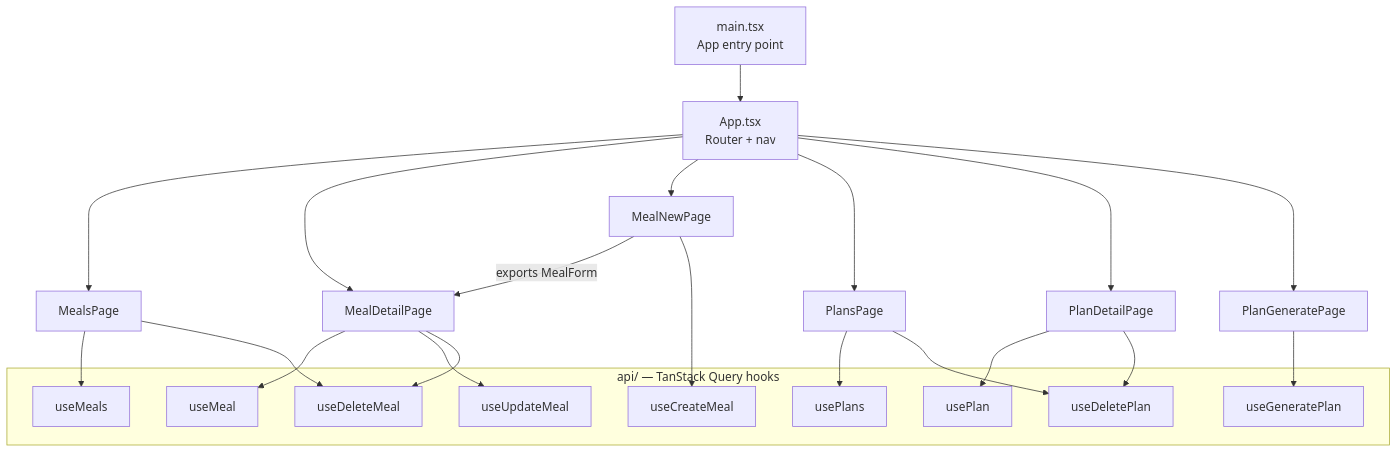
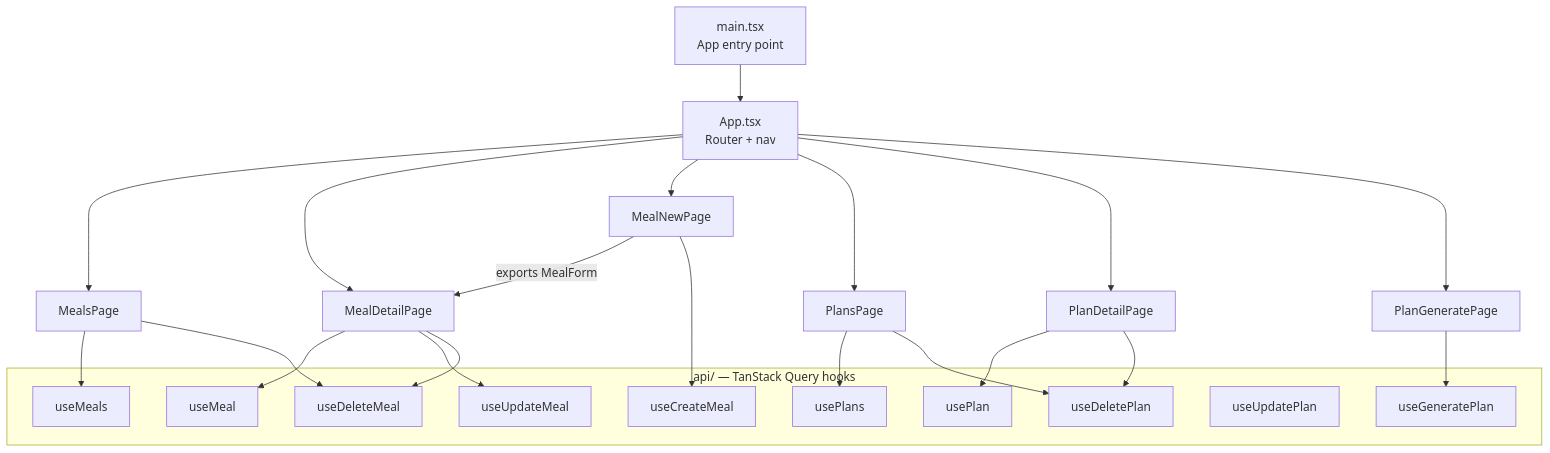
One commit to deilers/meal-planning changed the fifth of 6 diagrams in docs/architecture.md. Above: the diagram before and after it, drawn with Mermaid. The commit also changed other lines of this file and 1 other file, not shown here.

Commit message:
Update architecture and implementation plan docs for Phase 3

````diff
--- a/docs/architecture.md
+++ b/docs/architecture.md
@@ -100,40 +101,41 @@
 ```mermaid
 graph TD
     main["main.tsx<br/>App entry point"]
     App["App.tsx<br/>Router + nav"]
 
     main --> App
 
     App --> MealsPage
     App --> MealDetailPage
     App --> MealNewPage
     App --> PlansPage
     App --> PlanDetailPage
     App --> PlanGeneratePage
 
     MealNewPage -- "exports MealForm" --> MealDetailPage
 
     subgraph "api/ — TanStack Query hooks"
         useMeals
         useMeal
         useCreateMeal
         useUpdateMeal
         useDeleteMeal
         usePlans
         usePlan
         useGeneratePlan
+        useUpdatePlan
         useDeletePlan
     end
 
     MealsPage --> useMeals
     MealsPage --> useDeleteMeal
     MealDetailPage --> useMeal
     MealDetailPage --> useUpdateMeal
     MealDetailPage --> useDeleteMeal
     MealNewPage --> useCreateMeal
     PlansPage --> usePlans
     PlansPage --> useDeletePlan
     PlanDetailPage --> usePlan
     PlanDetailPage --> useDeletePlan
     PlanGeneratePage --> useGeneratePlan
 ```
````
